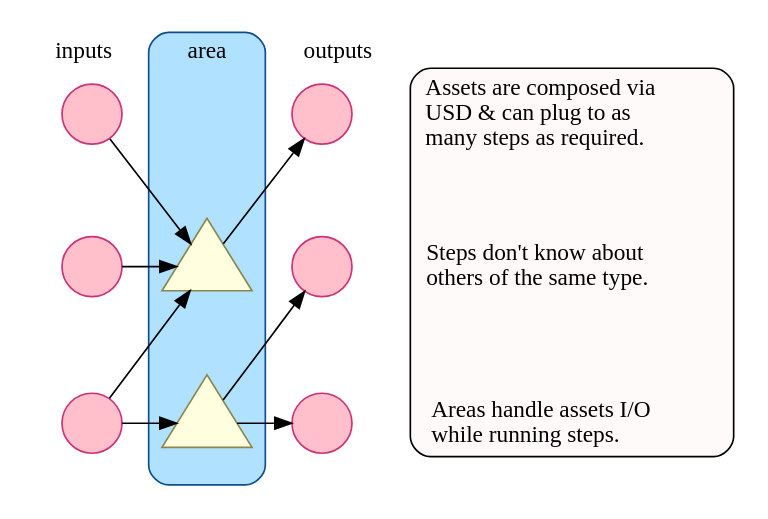
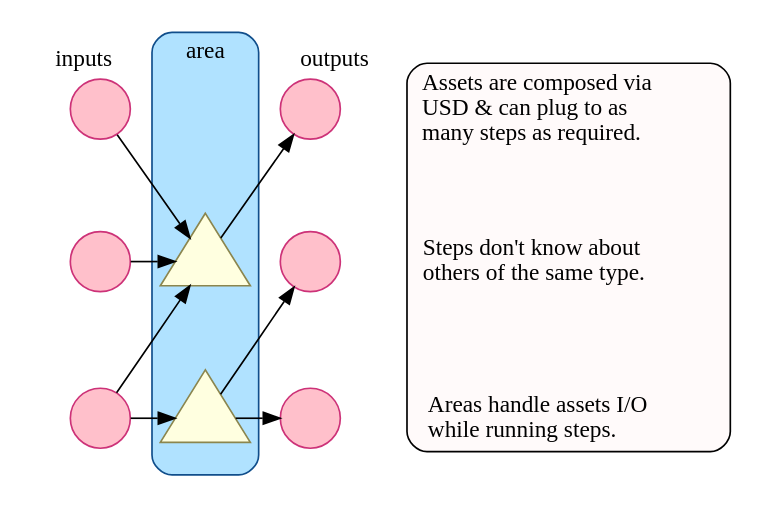
The diagram in docs/source/pipeline_relationships.dot (thegrill/grill), drawn with Graphviz before and after one commit. The commit also changed 1 other file, not shown here.

Commit message:
cluster margin

```diff
--- a/docs/source/pipeline_relationships.dot
+++ b/docs/source/pipeline_relationships.dot
@@ -1,40 +1,43 @@
 digraph area_overview {
     bgcolor=invis
     newrank=true
     subgraph cluster_inputs {
         label=inputs
         color=invis
+        margin=0
         node [shape=circle label="" fillcolor=pink style=filled color=violetred3] input_asset1 input_asset2 input_asset3
         input_asset1 -> input_asset2 -> input_asset3 [style=invis]
     }
     subgraph cluster_area {
         style="filled,rounded"
         label=area
+        margin=5
         fillcolor=lightskyblue1 color=dodgerblue4
         sentinel [style=invis label=""]
         node [shape=triangle label="" fillcolor=lightyellow style=filled color=khaki4 height=.8] step2 step3
         sentinel -> step2 -> step3 [style=invis]
     }
     subgraph cluster_outputs {
         label=outputs
         color=invis
+        margin=0
         node [shape=circle label="" fillcolor=pink style=filled color=violetred3] output_asset1 output_asset2 output_asset3
         output_asset1 -> output_asset2 -> output_asset3 [style=invis]
     }
     subgraph cluster_descriptions {
         margin=1
         style="rounded,filled"
         fillcolor=snow
         node [shape=none]
         assets_description [label="Assets are composed via\lUSD & can plug to as\lmany steps as required.\l"]
         steps_description [label="Steps don't know about\lothers of the same type.\l"]
         areas_description [label="Areas handle assets I/O\lwhile running steps.\l"]
     }
     {input_asset1 input_asset2 input_asset3} -> step2
     input_asset3 -> step3
     step2 -> output_asset1
     step3 -> {output_asset2 output_asset3}
     {rank=same input_asset1 sentinel output_asset1 assets_description}
     {rank=same input_asset2 step2 output_asset2 steps_description}
     {rank=same input_asset3 step3 output_asset3 areas_description}
 }
```
